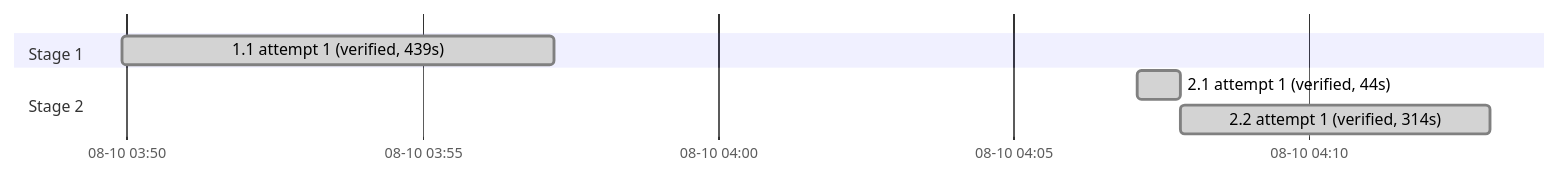
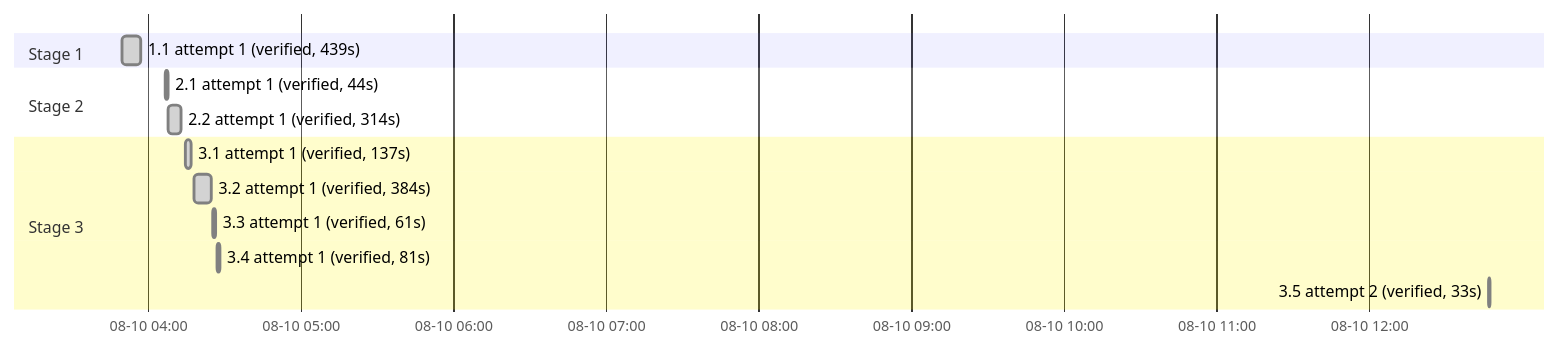
The diagram in .specs/json-visualizer/05_execution.md (sohampatwardhan/json-tables), drawn with Mermaid before and after one commit. The commit also changed other lines of this file and 9 other files, not shown here.

````diff
--- a/.specs/json-visualizer/05_execution.md
+++ b/.specs/json-visualizer/05_execution.md
@@ -50,10 +55,16 @@
 ```mermaid
 gantt
     dateFormat YYYY-MM-DDTHH:mm:ss
     axisFormat %m-%d %H:%M
     section Stage 1
     1.1 attempt 1 (verified, 439s) :done, b_1_1_attempt1, 2026-08-10T03:49:55, 2026-08-10T03:57:14
     section Stage 2
     2.1 attempt 1 (verified, 44s) :done, b_2_1_attempt1, 2026-08-10T04:07:06, 2026-08-10T04:07:50
     2.2 attempt 1 (verified, 314s) :done, b_2_2_attempt1, 2026-08-10T04:07:50, 2026-08-10T04:13:04
+    section Stage 3
+    3.1 attempt 1 (verified, 137s) :done, b_3_1_attempt1, 2026-08-10T04:14:51, 2026-08-10T04:17:08
+    3.2 attempt 1 (verified, 384s) :done, b_3_2_attempt1, 2026-08-10T04:18:23, 2026-08-10T04:24:47
+    3.3 attempt 1 (verified, 61s) :done, b_3_3_attempt1, 2026-08-10T04:25:25, 2026-08-10T04:26:26
+    3.4 attempt 1 (verified, 81s) :done, b_3_4_attempt1, 2026-08-10T04:27:06, 2026-08-10T04:28:27
+    3.5 attempt 2 (verified, 33s) :done, b_3_5_attempt2, 2026-08-10T12:46:56, 2026-08-10T12:47:29
 ```
````
